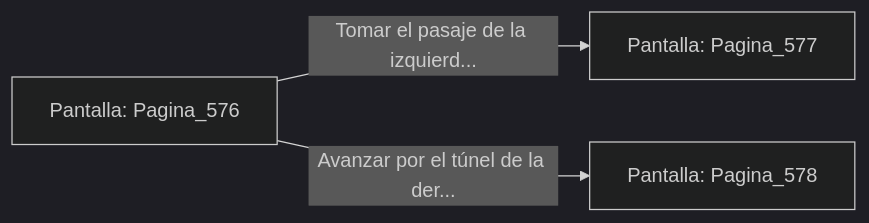
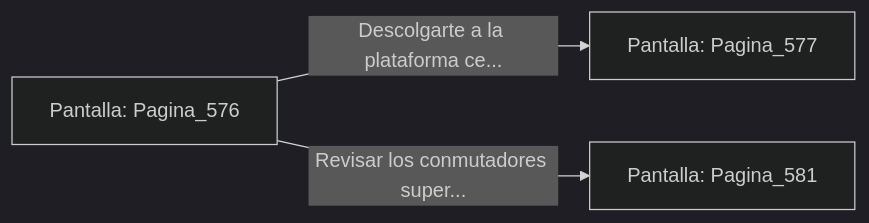
The diagram in sample/eligejuego-vault/Pantalla_Pagina_576.md (metsuke/mpl), drawn with Mermaid (dark theme) before and after one commit. The commit also changed other lines of this file and 635 other files, not shown here.

First line of the commit message:
fix: añadir Pagina_1 como pantalla inicial en capitulo_01.mpl

````diff
--- a/sample/eligejuego-vault/Pantalla_Pagina_576.md
+++ b/sample/eligejuego-vault/Pantalla_Pagina_576.md
@@ -20,6 +22,6 @@
 ```mermaid
 graph LR
     P_Pagina_576["Pantalla: Pagina_576"]
-    P_Pagina_576 -->|"Tomar el pasaje de la izquierd..."| P_Pagina_577["Pantalla: Pagina_577"]
-    P_Pagina_576 -->|"Avanzar por el túnel de la der..."| P_Pagina_578["Pantalla: Pagina_578"]
+    P_Pagina_576 -->|"Descolgarte a la plataforma ce..."| P_Pagina_577["Pantalla: Pagina_577"]
+    P_Pagina_576 -->|"Revisar los conmutadores super..."| P_Pagina_581["Pantalla: Pagina_581"]
 ```
````
